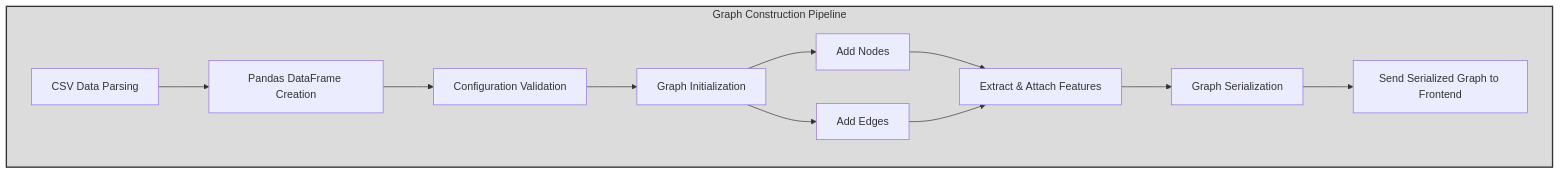
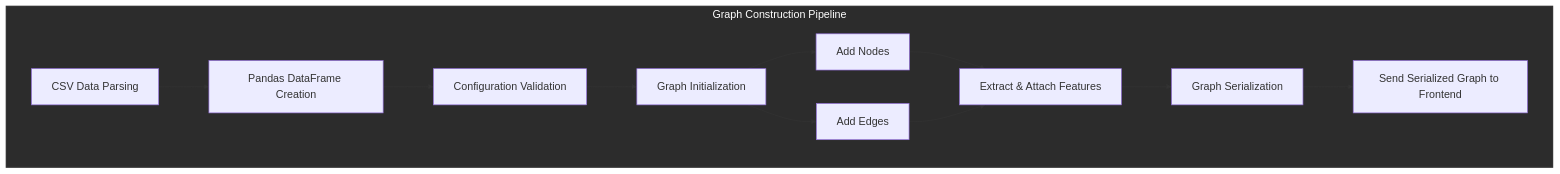
One commit to MaLoskins/GNN_Application changed the third of 6 diagrams in README.md. Above: the diagram before and after it, drawn with Mermaid. The commit also changed other lines of this file, not shown here.

````diff
--- a/README.md
+++ b/README.md
@@ -831,20 +831,20 @@
 ```mermaid
 graph TD
     %% Graph Construction Pipeline
     subgraph Graph_Construction_Pipeline [Graph Construction Pipeline]
         PC1[CSV Data Parsing]
         PC1 --> PC2[Pandas DataFrame Creation]
         PC2 --> PC3[Configuration Validation]
         PC3 --> PC4[Graph Initialization]
         PC4 --> PC5[Add Nodes]
         PC4 --> PC6[Add Edges]
         PC5 --> PC7[Extract & Attach Features]
         PC6 --> PC7
         PC7 --> PC8[Graph Serialization]
         PC8 --> PC9[Send Serialized Graph to Frontend]
     end
     
     %% Styling
-    classDef pipeline fill:#dcdcdc,stroke:#333,stroke-width:2px;
+    classDef pipeline fill:#2c2c2c,stroke:#333333,stroke-width:2px,color:#ffffff;
     class Graph_Construction_Pipeline pipeline;
 ```
````
